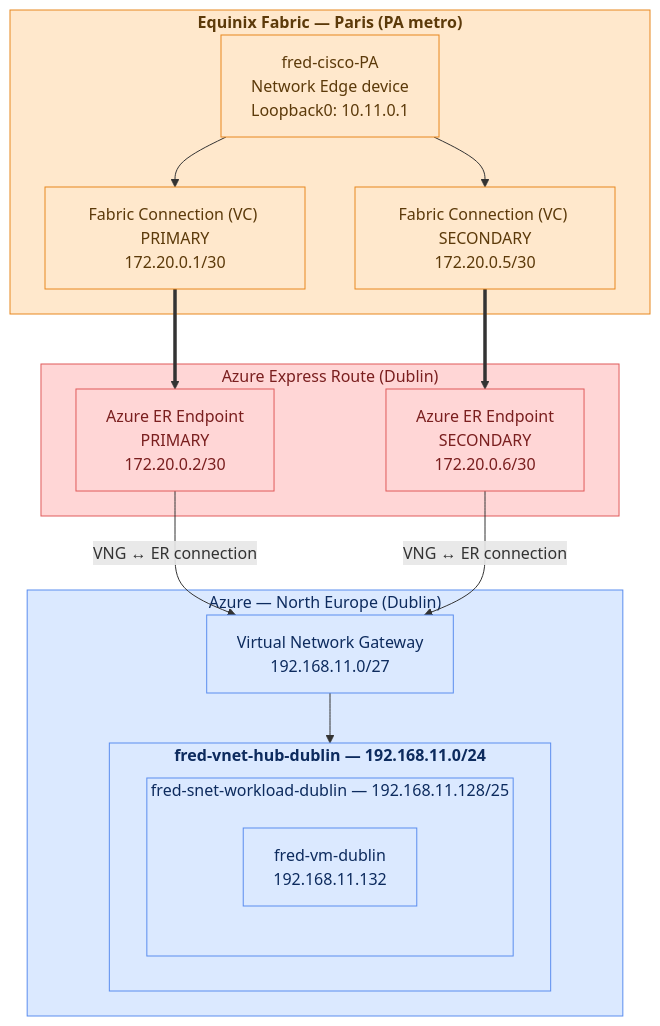
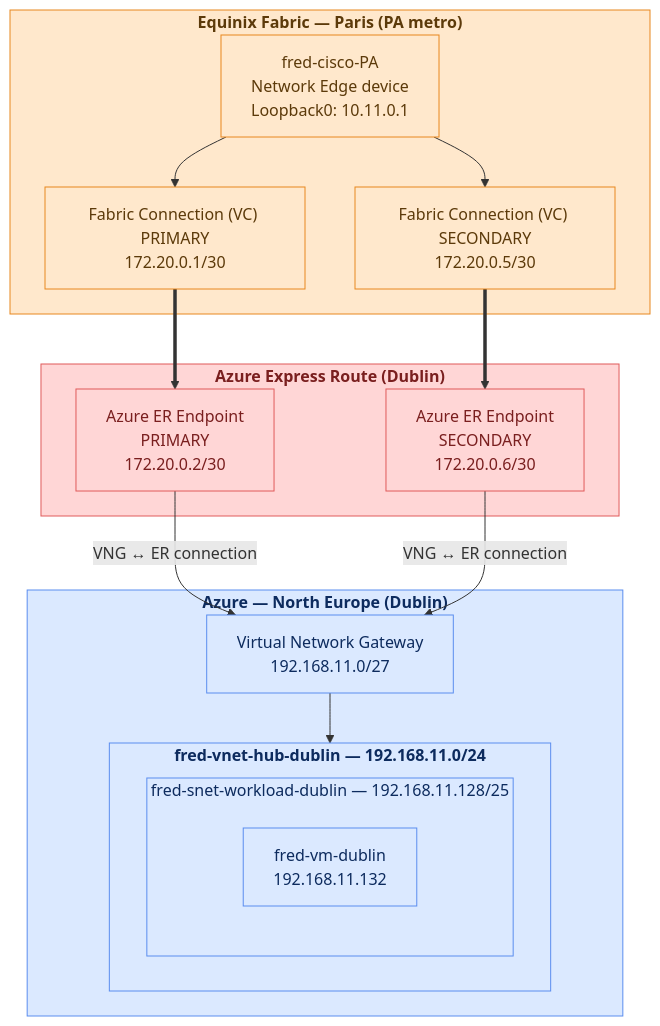
Before and after one commit to festrade-equinix/eqx-azure-hub-minimal: the diagram in README.md, drawn with Mermaid.

Commit message:
Section 2: bold the ERC and AZR subgraph titles too
Equinix Fabric — Paris (PA metro) was already bold; now Azure Express
Route (Dublin) and Azure — North Europe (Dublin) match.

````diff
--- a/README.md
+++ b/README.md
@@ -60,40 +60,40 @@
 ```mermaid
 flowchart TB
     subgraph EQX["<b>Equinix Fabric — Paris (PA metro)</b>"]
         Device["fred-cisco-PA\nNetwork Edge device\nLoopback0: 10.11.0.1"]
         Primary["Fabric Connection (VC) PRIMARY\n172.20.0.1/30"]
         Secondary["Fabric Connection (VC) SECONDARY\n172.20.0.5/30"]
         Device --> Primary
         Device --> Secondary
     end
 
-    subgraph ERC["Azure Express Route (Dublin)"]
+    subgraph ERC["<b>Azure Express Route (Dublin)</b>"]
         EPPrimary["Azure ER Endpoint\nPRIMARY\n172.20.0.2/30"]
         EPSecondary["Azure ER Endpoint\nSECONDARY\n172.20.0.6/30"]
     end
 
-    subgraph AZR["Azure — North Europe (Dublin)"]
+    subgraph AZR["<b>Azure — North Europe (Dublin)</b>"]
         VNG["Virtual Network Gateway\n192.168.11.0/27"]
 
         subgraph VNet["<b>fred-vnet-hub-dublin — 192.168.11.0/24</b>"]
             subgraph Workload["fred-snet-workload-dublin — 192.168.11.128/25"]
                 VM["fred-vm-dublin\n192.168.11.132"]
             end
         end
 
         VNG --> VNet
     end
 
     Primary ==> EPPrimary
     Secondary ==> EPSecondary
     EPPrimary -->|VNG ↔ ER connection| VNG
     EPSecondary -->|VNG ↔ ER connection| VNG
 
     classDef equinix fill:#ffe8cc,stroke:#e8871e,color:#5c3a0a
     classDef azure fill:#dbe9ff,stroke:#5b8def,color:#0d2b5e
     classDef expressroute fill:#ffd6d6,stroke:#e05a5a,color:#7a1f1f
 
     class EQX,Device,Primary,Secondary equinix
     class AZR,VNG,VNet,Workload,VM azure
     class ERC,EPPrimary,EPSecondary expressroute
 ```
````
